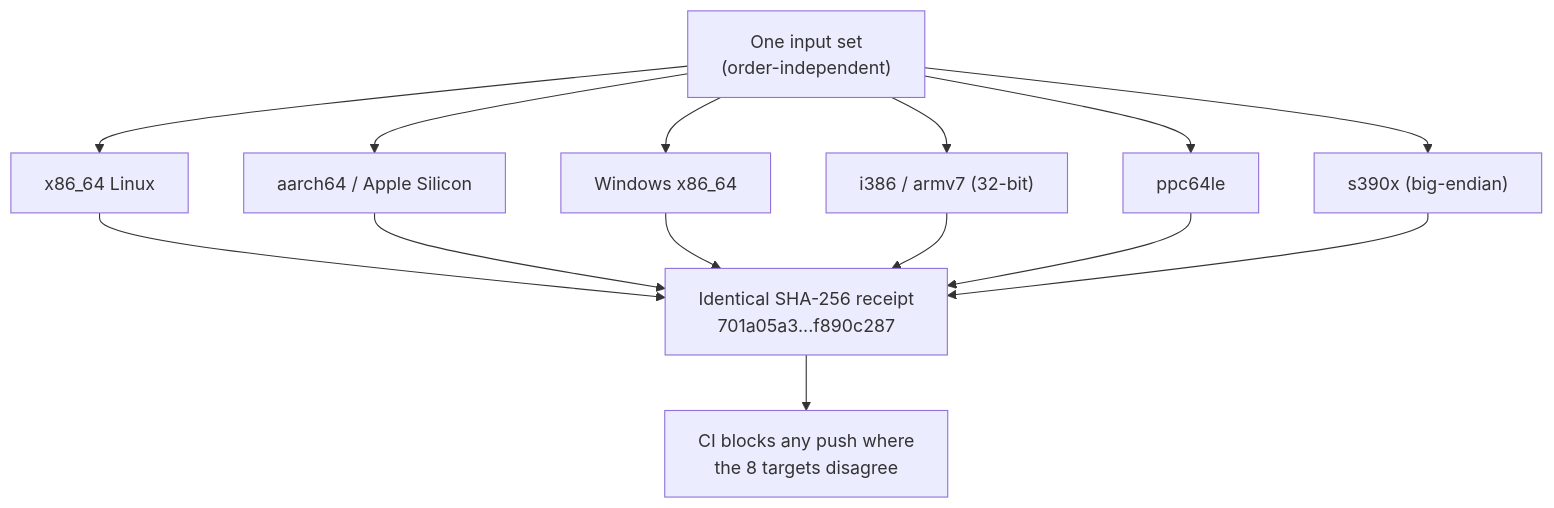
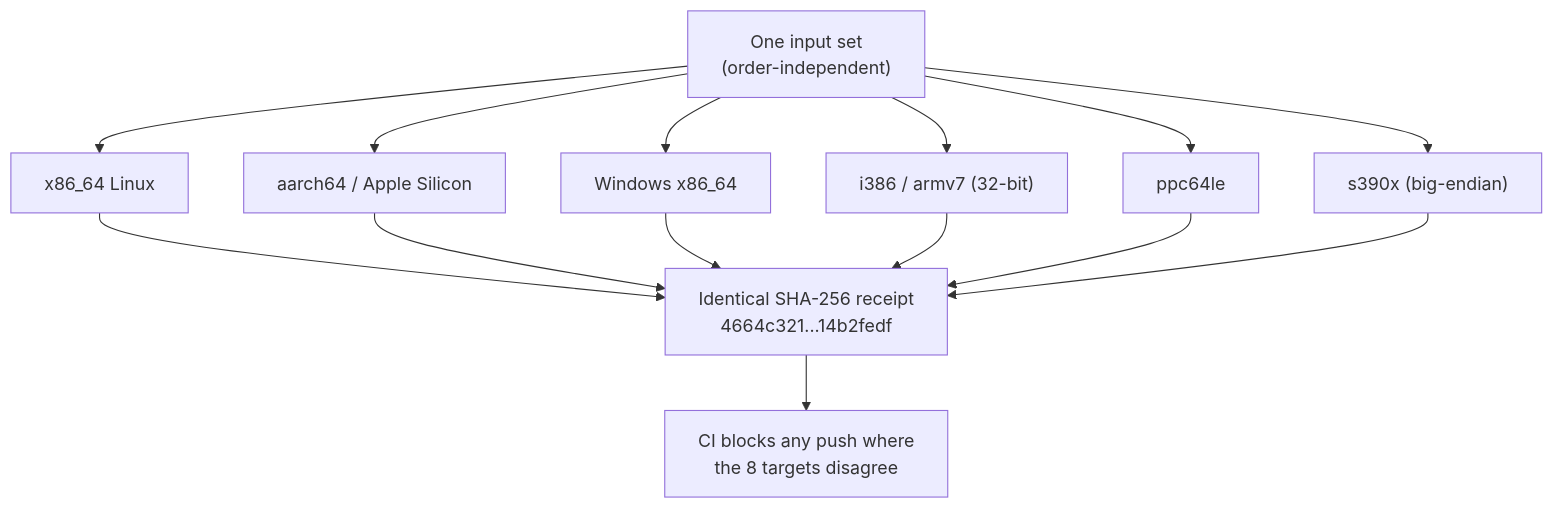
One commit to mgillr/acfa-rs changed the second of 2 diagrams in README.md. Above: the diagram before and after it, drawn with Mermaid. The commit also changed other lines of this file and 52 other files, not shown here.

````diff
--- a/README.md
+++ b/README.md
@@ -101,17 +101,17 @@
 ```mermaid
 flowchart TB
   IN["One input set<br/>(order-independent)"]
   IN --> A1["x86_64 Linux"]
   IN --> A2["aarch64 / Apple Silicon"]
   IN --> A3["Windows x86_64"]
   IN --> A4["i386 / armv7 (32-bit)"]
   IN --> A5["ppc64le"]
   IN --> A6["s390x (big-endian)"]
-  A1 --> H["Identical SHA-256 receipt<br/>701a05a3...f890c287"]
+  A1 --> H["Identical SHA-256 receipt<br/>4664c321...14b2fedf"]
   A2 --> H
   A3 --> H
   A4 --> H
   A5 --> H
   A6 --> H
   H --> CI["CI blocks any push where<br/>the 8 targets disagree"]
 ```
````
